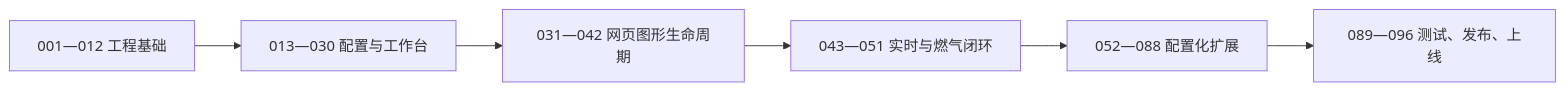
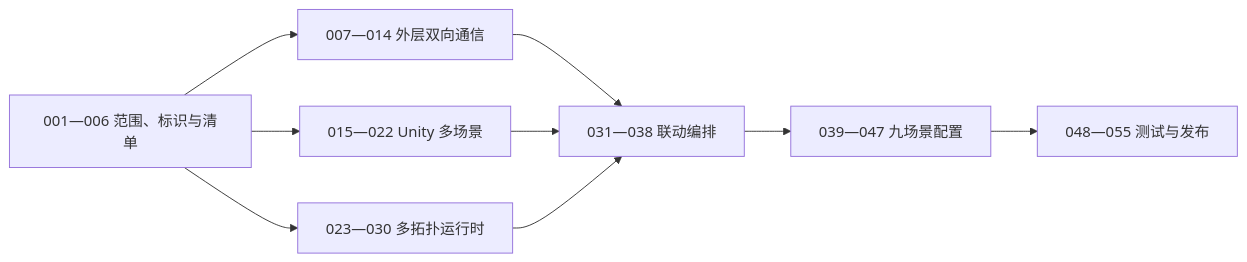
One commit to leyuexiang/WebDLPro changed the diagram in Docs/前端原子任务/00-任务总览.md. Above: the diagram before and after it, drawn with Mermaid. The commit also changed other lines of this file and 1387 other files, not shown here.

````diff
--- a/Docs/前端原子任务/00-任务总览.md
+++ b/Docs/前端原子任务/00-任务总览.md
@@ -48,8 +183,19 @@
 ```mermaid
 flowchart LR
-  A["001—012 工程基础"] --> B["013—030 配置与工作台"]
-  B --> C["031—042 网页图形生命周期"]
-  C --> D["043—051 实时与燃气闭环"]
-  D --> E["052—088 配置化扩展"]
-  E --> F["089—096 测试、发布、上线"]
+  A["001—006 范围、标识与清单"]
+  B["007—014 外层双向通信"]
+  C["015—022 Unity 多场景"]
+  D["023—030 多拓扑运行时"]
+  E["031—038 联动编排"]
+  F["039—047 九场景配置"]
+  G["048—055 测试与发布"]
+
+  A --> B
+  A --> C
+  A --> D
+  B --> E
+  C --> E
+  D --> E
+  E --> F
+  F --> G
 ```
````
